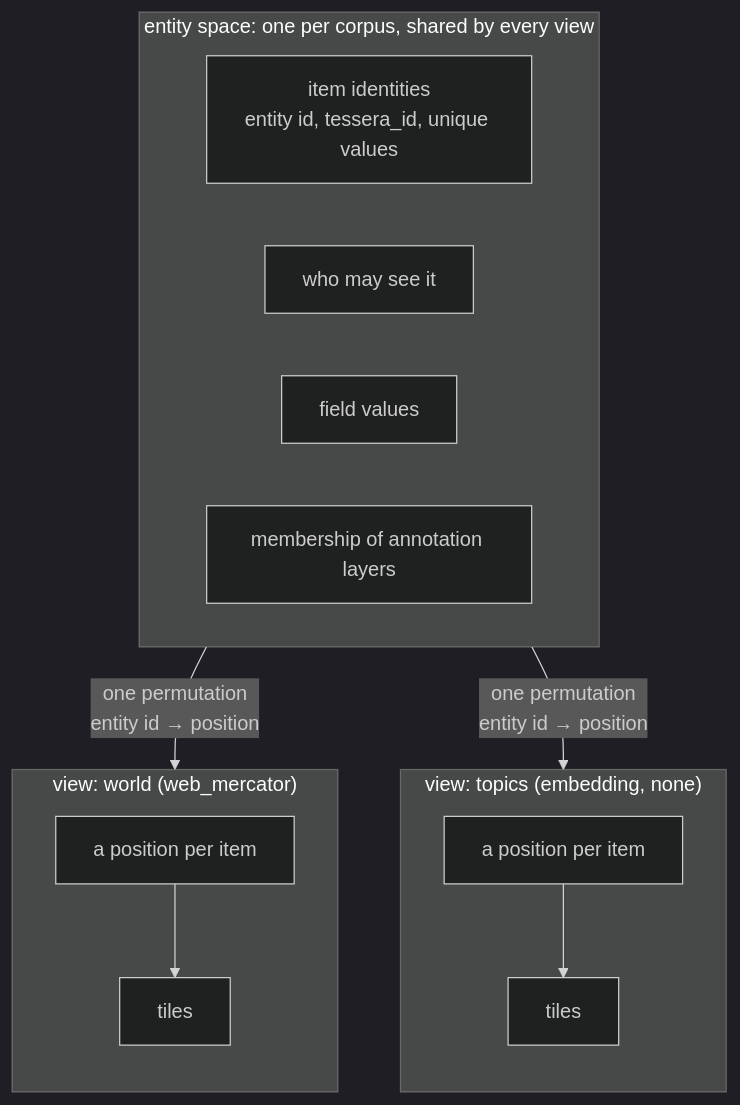
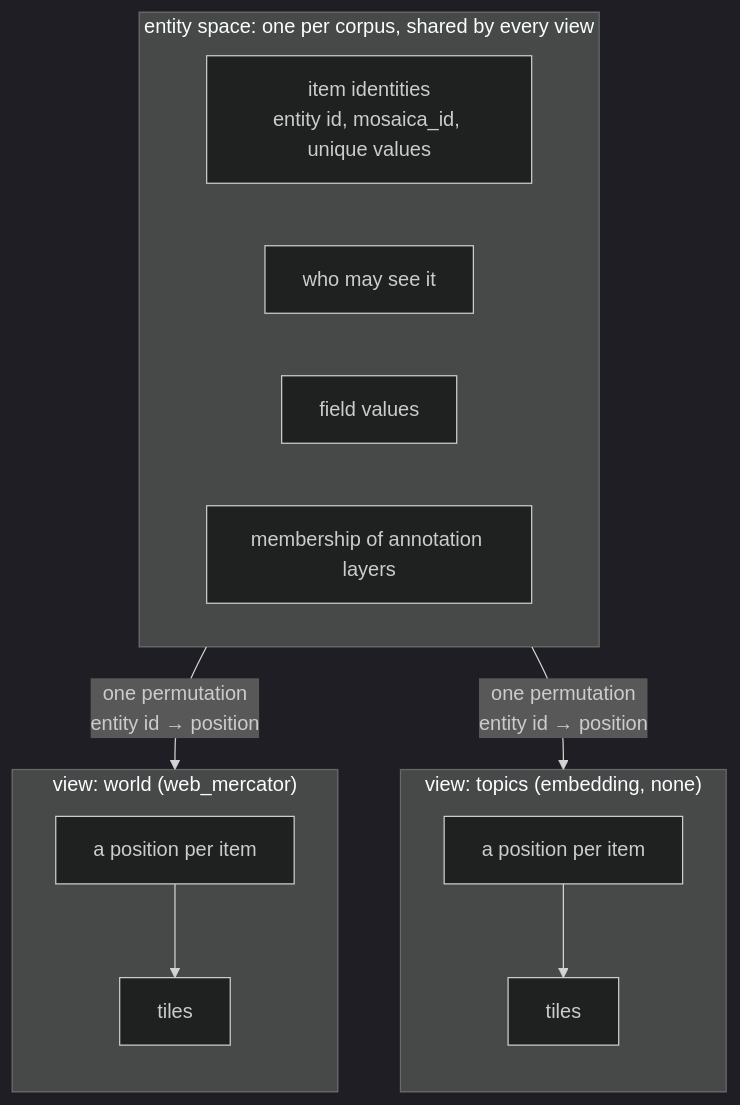
Before and after one commit to jennis0/tesseradb: the first of 2 diagrams in docs/system/data-model.md, drawn with Mermaid (dark theme). The commit also changed other lines of this file and 446 other files, not shown here.

First line of the commit message:
Rename tessera_id to mosaica_id

````diff
--- a/docs/system/data-model.md
+++ b/docs/system/data-model.md
@@ -26,22 +26,22 @@
 ```mermaid
 flowchart TB
   subgraph entity["entity space: one per corpus, shared by every view"]
     direction LR
-    ids["item identities<br/>entity id, tessera_id, unique values"]
+    ids["item identities<br/>entity id, mosaica_id, unique values"]
     terms["who may see it"]
     fields["field values"]
     members["membership of annotation layers"]
   end
 
   subgraph v1["view: world (web_mercator)"]
     direction TB
     p1["a position per item"] --> t1["tiles"]
   end
   subgraph v2["view: topics (embedding, none)"]
     direction TB
     p2["a position per item"] --> t2["tiles"]
   end
 
   entity -- "one permutation<br/>entity id → position" --> v1
   entity -- "one permutation<br/>entity id → position" --> v2
 ```
````
